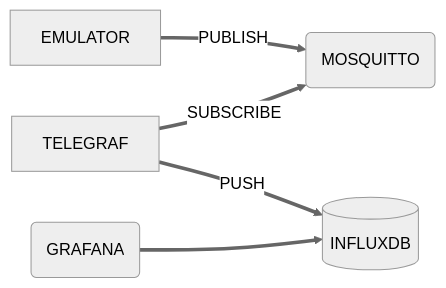
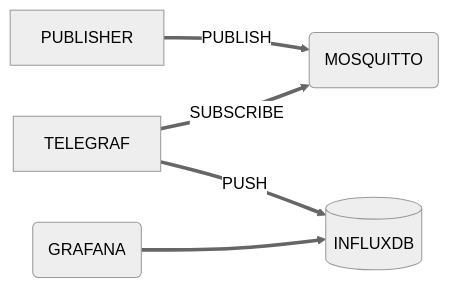
The diagram in README.md (daschefer/iot), drawn with Mermaid (neutral theme) before and after one commit. The commit also changed other lines of this file and 3 other files, not shown here.

````diff
--- a/README.md
+++ b/README.md
@@ -5,7 +5,7 @@
 ```mermaid
 flowchart LR
-    A[EMULATOR] ==>|PUBLISH| M(MOSQUITTO)
+    A[PUBLISHER] ==>|PUBLISH| M(MOSQUITTO)
     T[TELEGRAF] ==>|SUBSCRIBE| M
     T==> |PUSH| I[(INFLUXDB)]
     G(GRAFANA) ==> I
 ```
````
